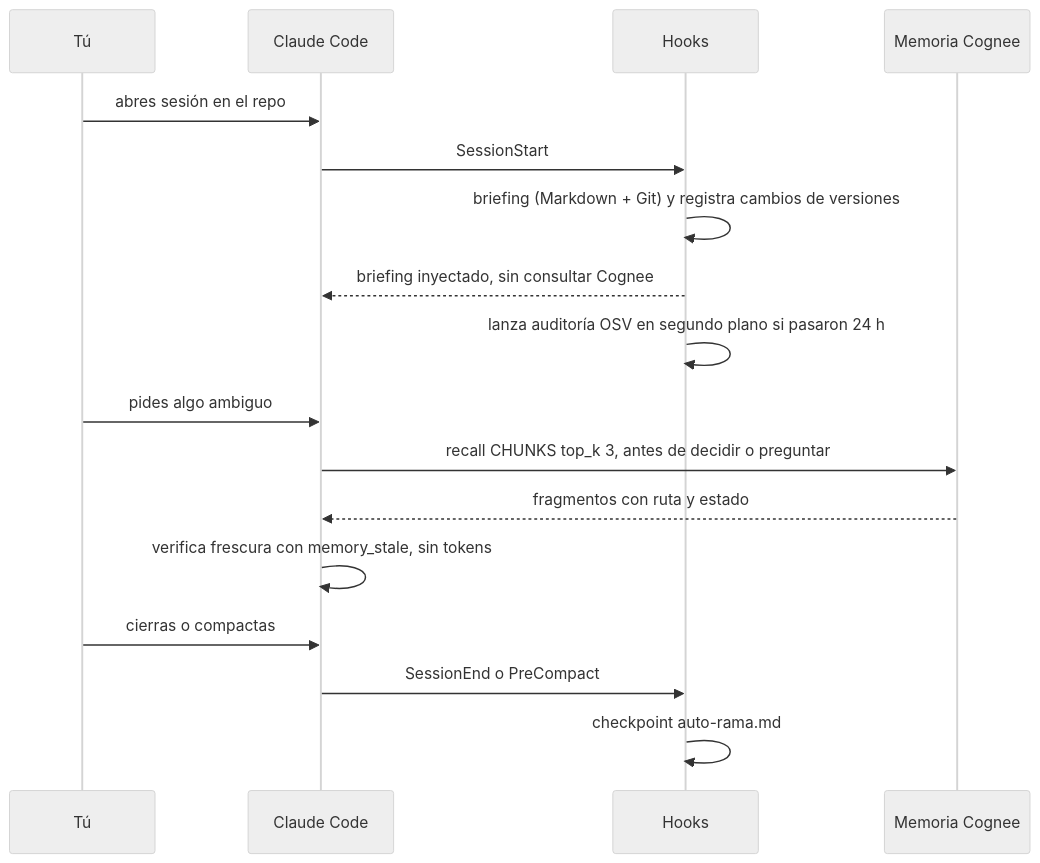
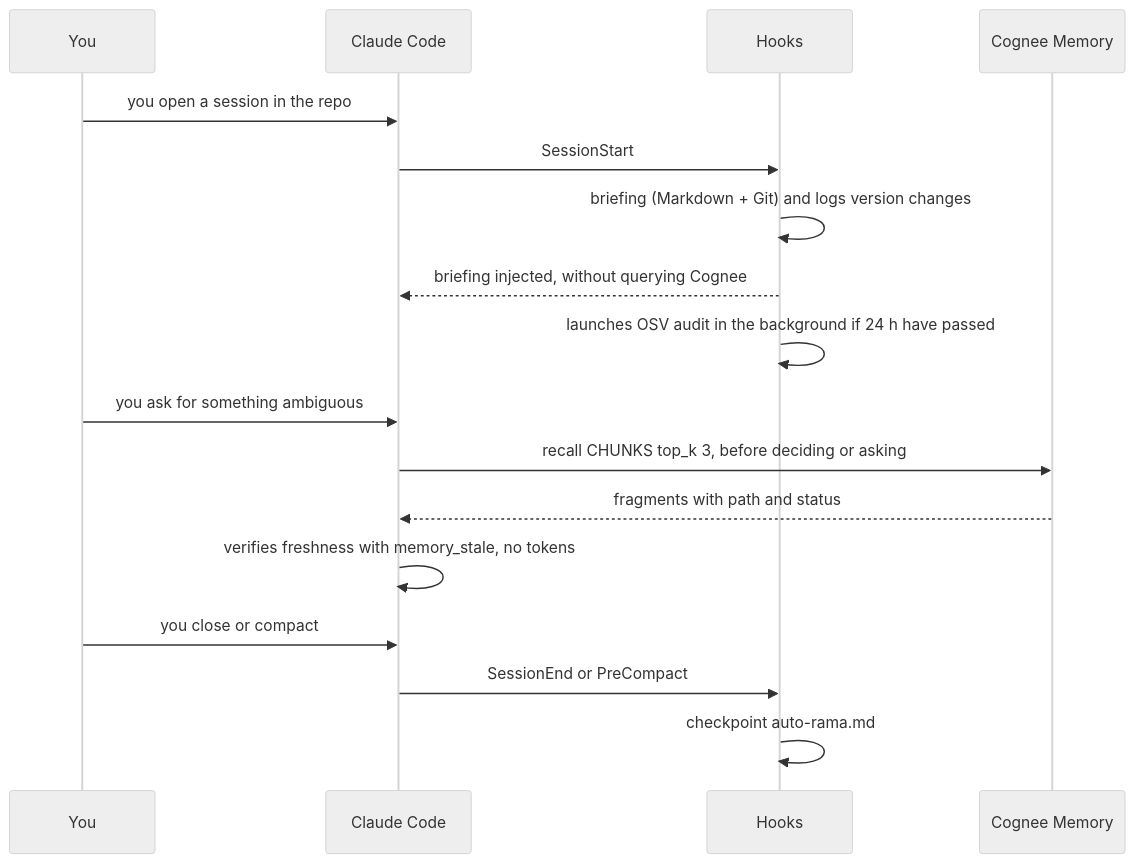
The third of 8 diagrams in docs/HOW_IT_WORKS.md (WRopero/Timewarden), drawn with Mermaid (neutral theme) before and after one commit. The commit also changed other lines of this file and 97 other files, not shown here.

````diff
--- a/docs/HOW_IT_WORKS.md
+++ b/docs/HOW_IT_WORKS.md
@@ -49,19 +49,19 @@
 ```mermaid
 sequenceDiagram
-  participant U as Tú
+  participant U as You
   participant CC as Claude Code
   participant H as Hooks
-  participant M as Memoria Cognee
-  U->>CC: abres sesión en el repo
+  participant M as Cognee Memory
+  U->>CC: you open a session in the repo
   CC->>H: SessionStart
-  H->>H: briefing (Markdown + Git) y registra cambios de versiones
-  H-->>CC: briefing inyectado, sin consultar Cognee
-  H->>H: lanza auditoría OSV en segundo plano si pasaron 24 h
-  U->>CC: pides algo ambiguo
-  CC->>M: recall CHUNKS top_k 3, antes de decidir o preguntar
-  M-->>CC: fragmentos con ruta y estado
-  CC->>CC: verifica frescura con memory_stale, sin tokens
-  U->>CC: cierras o compactas
-  CC->>H: SessionEnd o PreCompact
+  H->>H: briefing (Markdown + Git) and logs version changes
+  H-->>CC: briefing injected, without querying Cognee
+  H->>H: launches OSV audit in the background if 24 h have passed
+  U->>CC: you ask for something ambiguous
+  CC->>M: recall CHUNKS top_k 3, before deciding or asking
+  M-->>CC: fragments with path and status
+  CC->>CC: verifies freshness with memory_stale, no tokens
+  U->>CC: you close or compact
+  CC->>H: SessionEnd or PreCompact
   H->>H: checkpoint auto-rama.md
 ```
````
